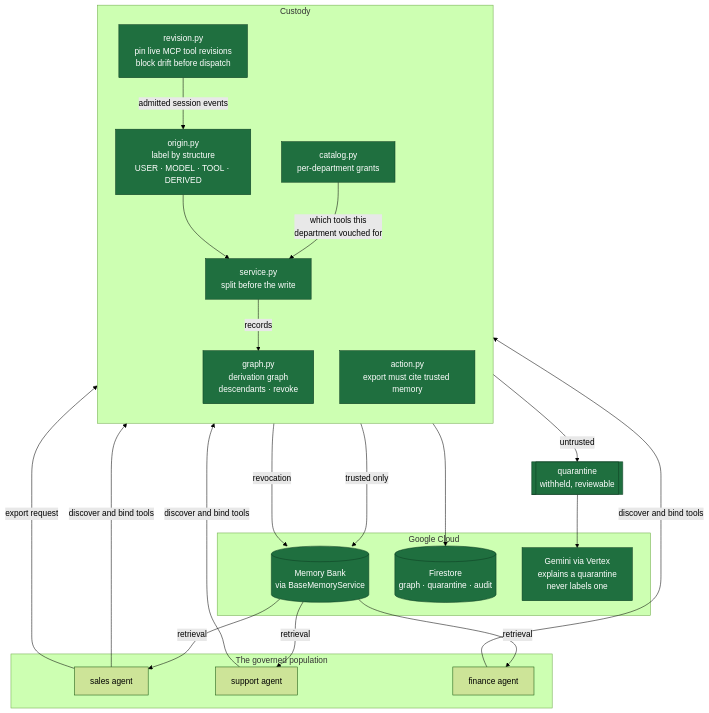
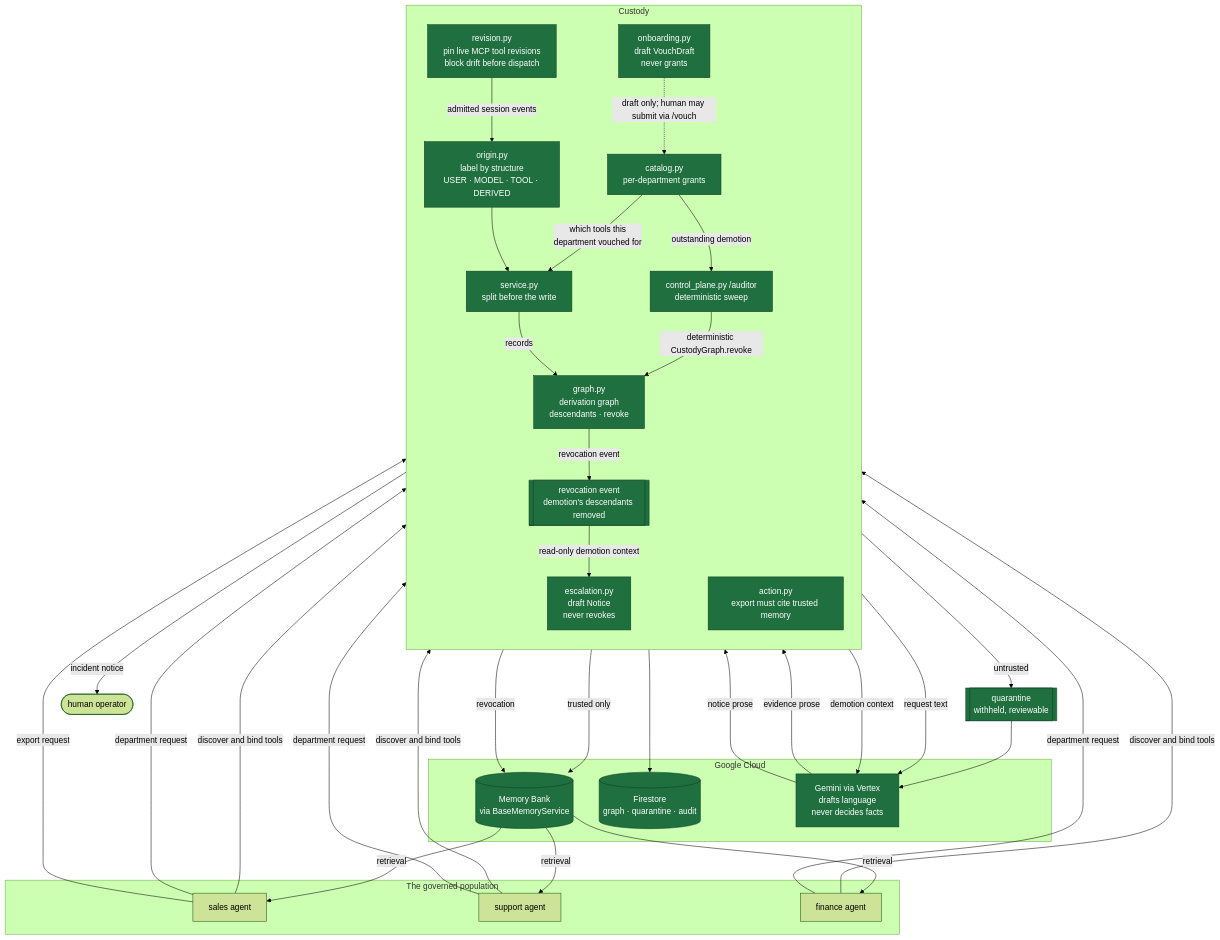
Before and after one commit to Yatsuiii/custody: the first of 3 diagrams in docs/architecture.md, drawn with Mermaid (forest theme). The commit also changed other lines of this file and 11 other files, not shown here.

First line of the commit message:
Add draft-only onboarding and escalation agents (#1)

````diff
--- a/docs/architecture.md
+++ b/docs/architecture.md
@@ -11,42 +11,58 @@
 ```mermaid
 flowchart TB
     subgraph fleet["The governed population"]
         A1["sales agent"]
         A2["support agent"]
         A3["finance agent"]
     end
 
     subgraph custody["Custody"]
         direction TB
         REV["revision.py<br/>pin live MCP tool revisions<br/>block drift before dispatch"]
         ORIGIN["origin.py<br/>label by structure<br/>USER · MODEL · TOOL · DERIVED"]
         SPLIT["service.py<br/>split before the write"]
         GRAPH["graph.py<br/>derivation graph<br/>descendants · revoke"]
         CAT["catalog.py<br/>per-department grants"]
         GATE["action.py<br/>export must cite trusted memory"]
+        ONBOARD["onboarding.py<br/>draft VouchDraft<br/>never grants"]
+        AUDIT["control_plane.py /auditor<br/>deterministic sweep"]
+        REVOCATION[["revocation event<br/>demotion's descendants removed"]]
+        ESCALATE["escalation.py<br/>draft Notice<br/>never revokes"]
     end
 
     subgraph google["Google Cloud"]
         MB[("Memory Bank<br/>via BaseMemoryService")]
         FS[("Firestore<br/>graph · quarantine · audit")]
-        GEM["Gemini via Vertex<br/>explains a quarantine<br/>never labels one"]
+        GEM["Gemini via Vertex<br/>drafts language<br/>never decides facts"]
     end
 
     QUAR[["quarantine<br/>withheld, reviewable"]]
+    HUMAN(["human operator"])
 
     A1 & A2 & A3 -->|"discover and bind tools"| REV
+    A1 & A2 & A3 -->|"department request"| ONBOARD
     REV -->|"admitted session events"| ORIGIN
     ORIGIN --> SPLIT
     CAT -->|"which tools this<br/>department vouched for"| SPLIT
+    ONBOARD -.->|"draft only; human may submit via /vouch"| CAT
+    ONBOARD -->|"request text"| GEM
+    GEM -->|"evidence prose"| ONBOARD
+    CAT -->|"outstanding demotion"| AUDIT
+    AUDIT -->|"deterministic CustodyGraph.revoke"| GRAPH
+    GRAPH -->|"revocation event"| REVOCATION
+    REVOCATION -->|"read-only demotion context"| ESCALATE
+    ESCALATE -->|"incident notice"| HUMAN
+    ESCALATE -->|"demotion context"| GEM
+    GEM -->|"notice prose"| ESCALATE
     SPLIT -->|"trusted only"| MB
     SPLIT -->|"untrusted"| QUAR
     SPLIT -->|"records"| GRAPH
     GRAPH --> FS
     QUAR --> GEM
     GRAPH -->|"revocation"| MB
     MB -->|"retrieval"| A1 & A2 & A3
     A1 -->|"export request"| GATE
 
     classDef built fill:#1f6f3f,stroke:#0d3d22,color:#fff
-    class REV,ORIGIN,SPLIT,GRAPH,CAT,GATE,QUAR,MB,GEM,FS built
+    class REV,ORIGIN,SPLIT,GRAPH,CAT,GATE,AUDIT,REVOCATION,ONBOARD,ESCALATE,QUAR,MB,GEM,FS built
 ```
````
